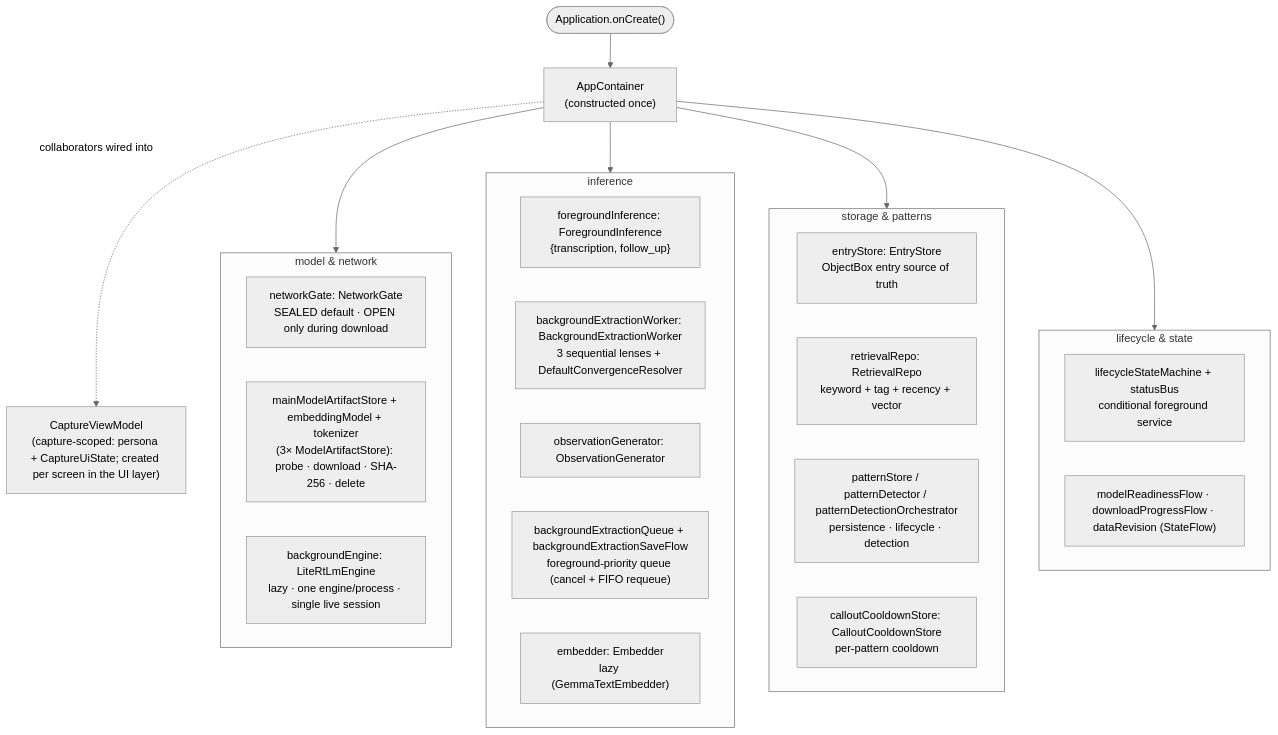
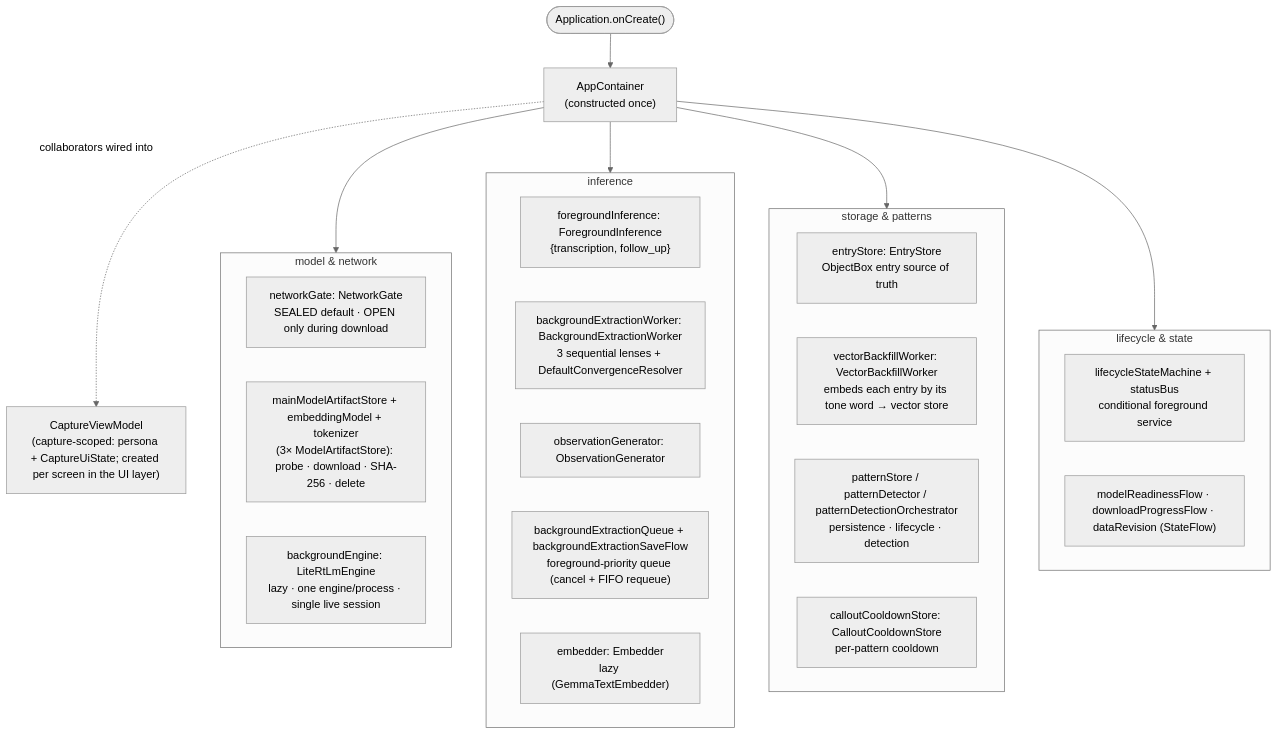
One commit to anchildress1/vestige changed the second of 4 diagrams in docs/diagrams/architecture.md. Above: the diagram before and after it, drawn with Mermaid (neutral theme). The commit also changed other lines of this file and 18 other files, not shown here.

````diff
--- a/docs/diagrams/architecture.md
+++ b/docs/diagrams/architecture.md
@@ -42,39 +42,39 @@
 ```mermaid
 flowchart TB
     accTitle: AppContainer composition root
-    accDescr: Application onCreate constructs AppContainer once. It holds the NetworkGate and EntryStore eagerly, and lazily builds three ModelArtifactStores (main model plus embedding model plus tokenizer), one backgroundEngine LiteRtLmEngine per process, a lazy Embedder, the foreground and background inference collaborators (ForegroundInference, BackgroundExtractionWorker with DefaultConvergenceResolver, ObservationGenerator), the foreground-priority BackgroundExtractionQueue and BackgroundExtractionSaveFlow, RetrievalRepo, the pattern stack (PatternStore, PatternDetector, PatternDetectionOrchestrator, CalloutCooldownStore), the BackgroundExtractionLifecycleStateMachine and status bus, and readiness/progress StateFlows. CaptureViewModel owns the capture-scoped CaptureUiState and is created outside the container.
+    accDescr: Application onCreate constructs AppContainer once. It holds the NetworkGate and EntryStore eagerly, and lazily builds three ModelArtifactStores (main model plus embedding model plus tokenizer), one backgroundEngine LiteRtLmEngine per process, a lazy GemmaTextEmbedder, the foreground and background inference collaborators (ForegroundInference, BackgroundExtractionWorker with DefaultConvergenceResolver, ObservationGenerator), the foreground-priority BackgroundExtractionQueue and BackgroundExtractionSaveFlow, the VectorBackfillWorker that embeds each entry by its tone word, the pattern stack (PatternStore, PatternDetector, PatternDetectionOrchestrator, CalloutCooldownStore), the BackgroundExtractionLifecycleStateMachine and status bus, and readiness/progress StateFlows. CaptureViewModel owns the capture-scoped CaptureUiState and is created outside the container.
 
     OnCreate(["Application.onCreate()"]) --> AC["AppContainer<br/>(constructed once)"]
 
     subgraph model["model & network"]
       NG["networkGate: NetworkGate<br/>SEALED default · OPEN only during download"]
       MAS["mainModelArtifactStore + embeddingModel + tokenizer<br/>(3× ModelArtifactStore): probe · download · SHA-256 · delete"]
       ENG["backgroundEngine: LiteRtLmEngine<br/>lazy · one engine/process · single live session"]
     end
 
     subgraph infer["inference"]
       FI["foregroundInference: ForegroundInference<br/>{transcription, follow_up}"]
       BW["backgroundExtractionWorker: BackgroundExtractionWorker<br/>3 sequential lenses + DefaultConvergenceResolver"]
       OG["observationGenerator: ObservationGenerator"]
       BQ["backgroundExtractionQueue + backgroundExtractionSaveFlow<br/>foreground-priority queue (cancel + FIFO requeue)"]
       EMB["embedder: Embedder<br/>lazy (GemmaTextEmbedder)"]
     end
 
     subgraph store["storage & patterns"]
       ES["entryStore: EntryStore<br/>ObjectBox entry source of truth"]
-      RR["retrievalRepo: RetrievalRepo<br/>keyword + tag + recency + vector"]
+      VBW["vectorBackfillWorker: VectorBackfillWorker<br/>embeds each entry by its tone word → vector store"]
       PS["patternStore / patternDetector / patternDetectionOrchestrator<br/>persistence · lifecycle · detection"]
       CC["calloutCooldownStore: CalloutCooldownStore<br/>per-pattern cooldown"]
     end
 
     subgraph life["lifecycle & state"]
       LSM["lifecycleStateMachine + statusBus<br/>conditional foreground service"]
       SF["modelReadinessFlow · downloadProgressFlow · dataRevision (StateFlow)"]
     end
 
     AC --> model
     AC --> infer
     AC --> store
     AC --> life
     AC -. collaborators wired into .-> VM["CaptureViewModel<br/>(capture-scoped: persona + CaptureUiState; created per screen in the UI layer)"]
 ```
````
